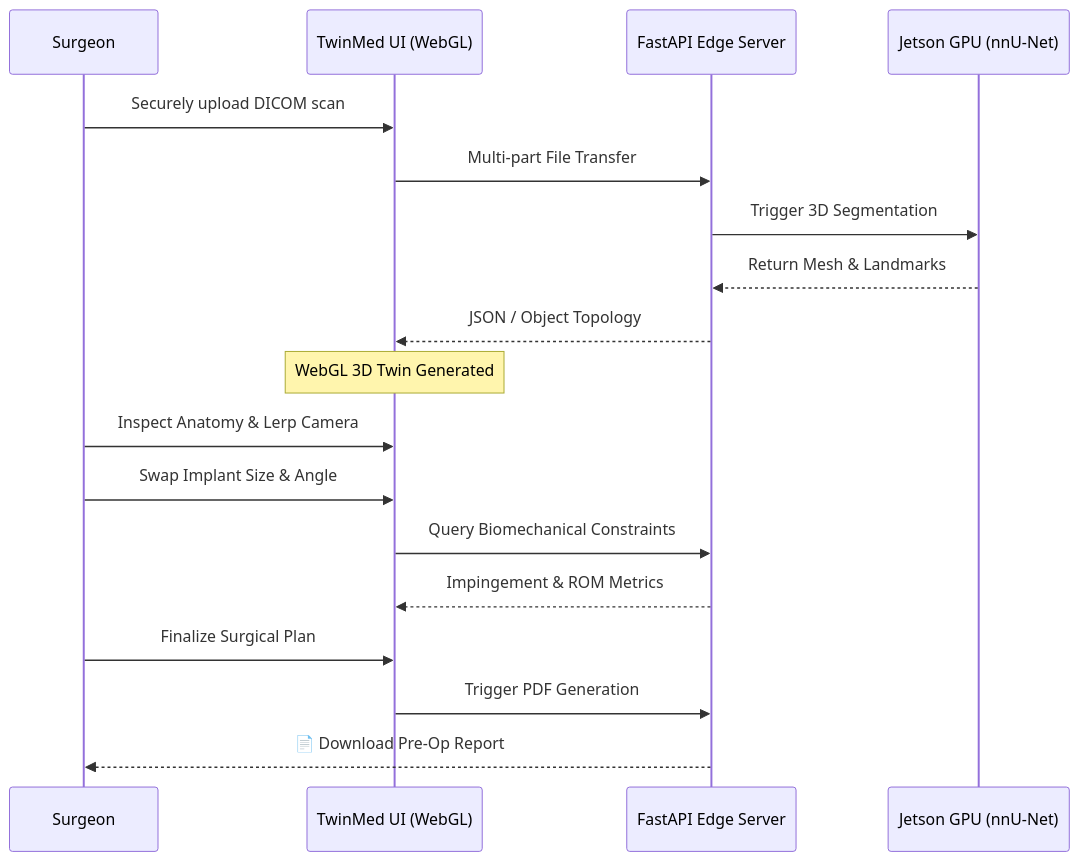
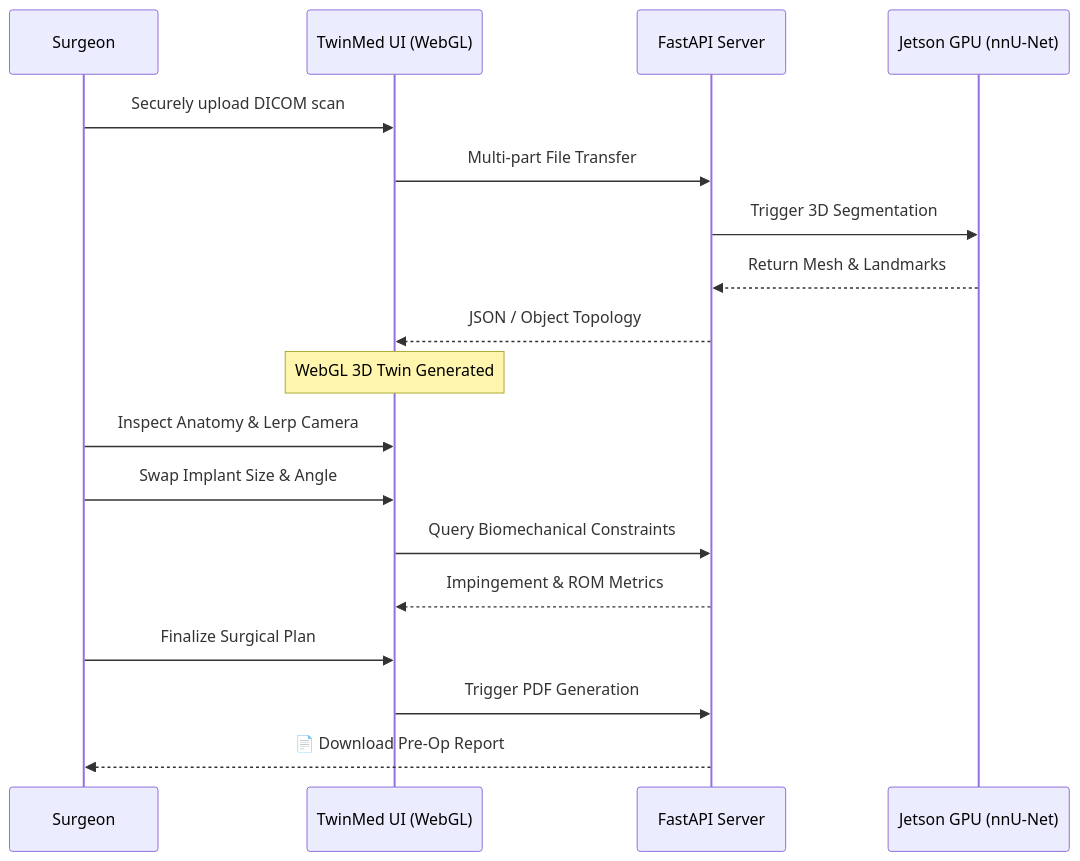
Before and after one commit to vinayakec69/MEDHA-THON: the second of 2 diagrams in README.md, drawn with Mermaid. The commit also changed other lines of this file, not shown here.

Commit message:
Fix mermaid syntax for GitHub rendering

````diff
--- a/README.md
+++ b/README.md
@@ -77,21 +70,21 @@
 ```mermaid
 sequenceDiagram
     participant S as Surgeon
     participant U as TwinMed UI (WebGL)
-    participant B as FastAPI Edge Server
+    participant B as FastAPI Server
     participant AI as Jetson GPU (nnU-Net)
 
     S->>U: Securely upload DICOM scan
     U->>B: Multi-part File Transfer
     B->>AI: Trigger 3D Segmentation
     AI-->>B: Return Mesh & Landmarks
     B-->>U: JSON / Object Topology
     Note over U: WebGL 3D Twin Generated
     S->>U: Inspect Anatomy & Lerp Camera
     S->>U: Swap Implant Size & Angle
     U->>B: Query Biomechanical Constraints
     B-->>U: Impingement & ROM Metrics
     S->>U: Finalize Surgical Plan
     U->>B: Trigger PDF Generation
     B-->>S: 📄 Download Pre-Op Report
 ```
````
